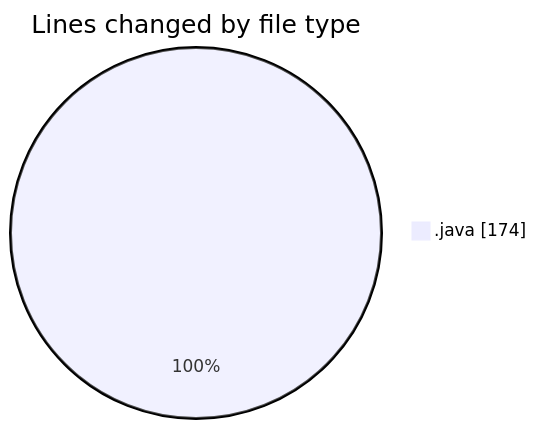
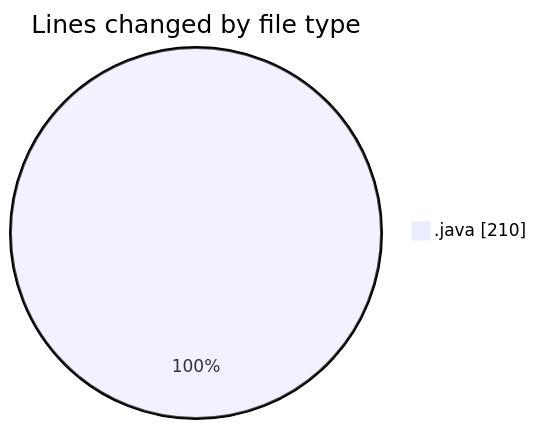
One commit to NitaiMahat/code-tracking changed the first of 2 diagrams in 2025-03-25/startfiles/README.md. Above: the diagram before and after it, drawn with Mermaid. The commit also changed other lines of this file and 1 other file, not shown here.

````diff
--- a/2025-03-25/startfiles/README.md
+++ b/2025-03-25/startfiles/README.md
@@ -21,5 +21,5 @@
 ```mermaid
 pie showData
 title Lines changed by file type
-".java" : 174
+".java" : 210
 ```
````
